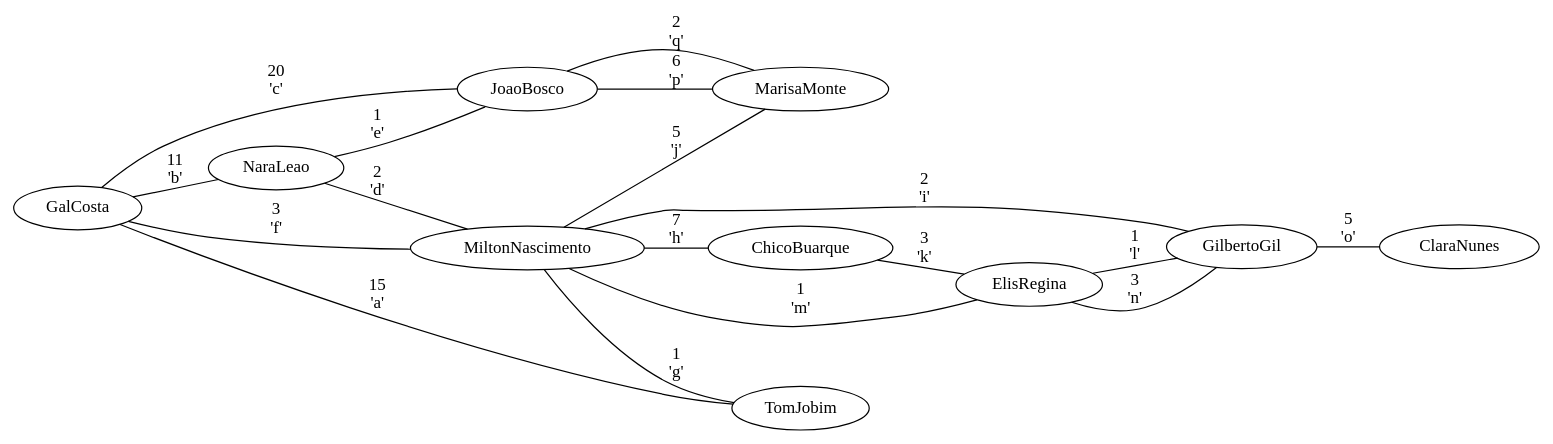
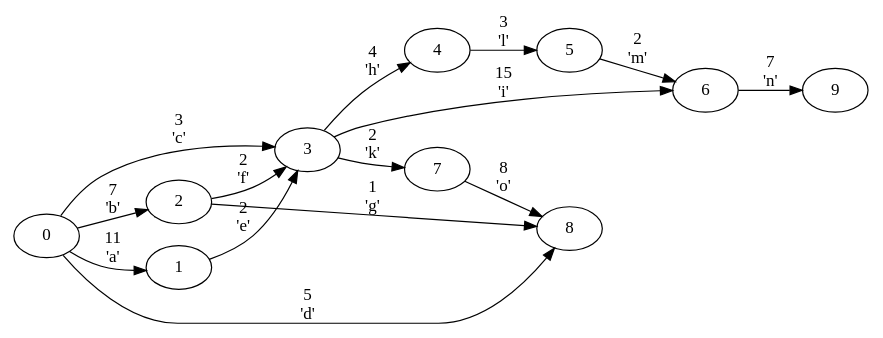
One commit to tiagoviniciuslopes/trabPAA2 changed the diagram in G.dot. Above: the diagram before and after it, drawn with Graphviz. The commit also changed 4 other files, not shown here.

```diff
--- a/G.dot
+++ b/G.dot
@@ -1,37 +1,31 @@
-graph G {
+digraph G {
 rankdir=LR
-	GalCosta -- TomJobim [label="15
+	0 -> 1 [label="11
 'a'"];
-	GalCosta -- NaraLeao [label="11
+	0 -> 2 [label="7
 'b'"];
-	GalCosta -- JoaoBosco [label="20
+	0 -> 3 [label="3
 'c'"];
-	NaraLeao -- MiltonNascimento [label="2
+	0 -> 8 [label="5
 'd'"];
-	NaraLeao -- JoaoBosco [label="1
+	1 -> 3 [label="2
 'e'"];
-	MiltonNascimento -- GalCosta [label="3
+	2 -> 3 [label="2
 'f'"];
-	MiltonNascimento -- TomJobim [label="1
+	2 -> 8 [label="1
 'g'"];
-	MiltonNascimento -- ChicoBuarque [label="7
+	3 -> 4 [label="4
 'h'"];
-	MiltonNascimento -- GilbertoGil [label="2
+	3 -> 6 [label="15
 'i'"];
-	MiltonNascimento -- MarisaMonte [label="5
-'j'"];
-	ChicoBuarque -- ElisRegina [label="3
+	3 -> 7 [label="2
 'k'"];
-	ElisRegina -- GilbertoGil [label="1
+	4 -> 5 [label="3
 'l'"];
-	ElisRegina -- MiltonNascimento [label="1
+	5 -> 6 [label="2
 'm'"];
-	GilbertoGil -- ElisRegina [label="3
+	6 -> 9 [label="7
 'n'"];
-	GilbertoGil -- ClaraNunes [label="5
+	7 -> 8 [label="8
 'o'"];
-	MarisaMonte -- JoaoBosco [label="6
-'p'"];
-	JoaoBosco -- MarisaMonte [label="2
-'q'"];
 }
```
